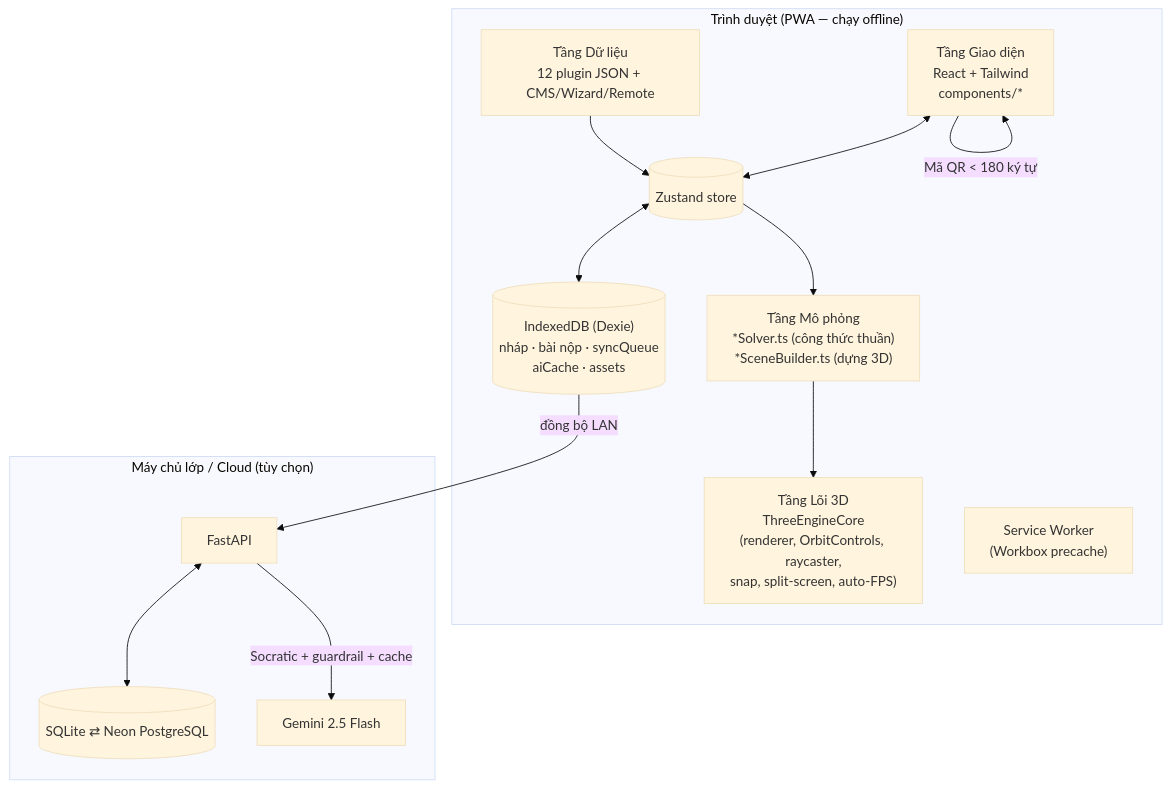
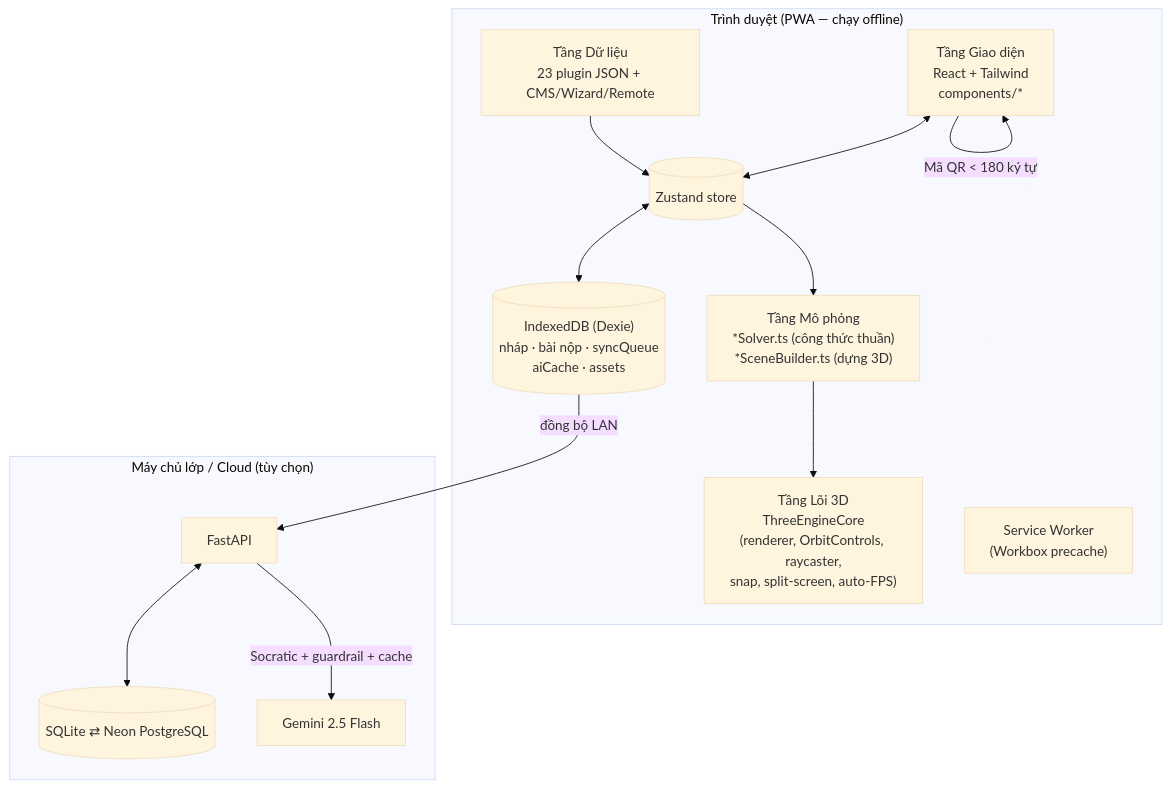
The first of 2 diagrams in docs/KIEN_TRUC_VA_TIEU_CHI_KHKT.md (trilevanminh71-bit/khtn-lab-3d), drawn with Mermaid (base theme) before and after one commit. The commit also changed other lines of this file and 58 other files, not shown here.

````diff
--- a/docs/KIEN_TRUC_VA_TIEU_CHI_KHKT.md
+++ b/docs/KIEN_TRUC_VA_TIEU_CHI_KHKT.md
@@ -5,26 +5,26 @@
 ```mermaid
 flowchart TB
   subgraph Client["Trình duyệt (PWA — chạy offline)"]
     UI["Tầng Giao diện<br/>React + Tailwind<br/>components/*"]
     CORE["Tầng Lõi 3D<br/>ThreeEngineCore<br/>(renderer, OrbitControls, raycaster,<br/>snap, split-screen, auto-FPS)"]
     ENG["Tầng Mô phỏng<br/>*Solver.ts (công thức thuần)<br/>*SceneBuilder.ts (dựng 3D)"]
-    DATA["Tầng Dữ liệu<br/>12 plugin JSON + CMS/Wizard/Remote"]
+    DATA["Tầng Dữ liệu<br/>23 plugin JSON + CMS/Wizard/Remote"]
     STORE[("Zustand store")]
     IDB[("IndexedDB (Dexie)<br/>nháp · bài nộp · syncQueue<br/>aiCache · assets")]
     SW["Service Worker<br/>(Workbox precache)"]
   end
   subgraph Server["Máy chủ lớp / Cloud (tùy chọn)"]
     API["FastAPI"]
     DB[("SQLite ⇄ Neon PostgreSQL")]
     AI["Gemini 2.5 Flash"]
   end
   UI <--> STORE
   STORE --> ENG
   ENG --> CORE
   DATA --> STORE
   STORE <--> IDB
   IDB -- "đồng bộ LAN" --> API
   UI -- "Mã QR < 180 ký tự" --> UI
   API <--> DB
   API -- "Socratic + guardrail + cache" --> AI
 ```
````
